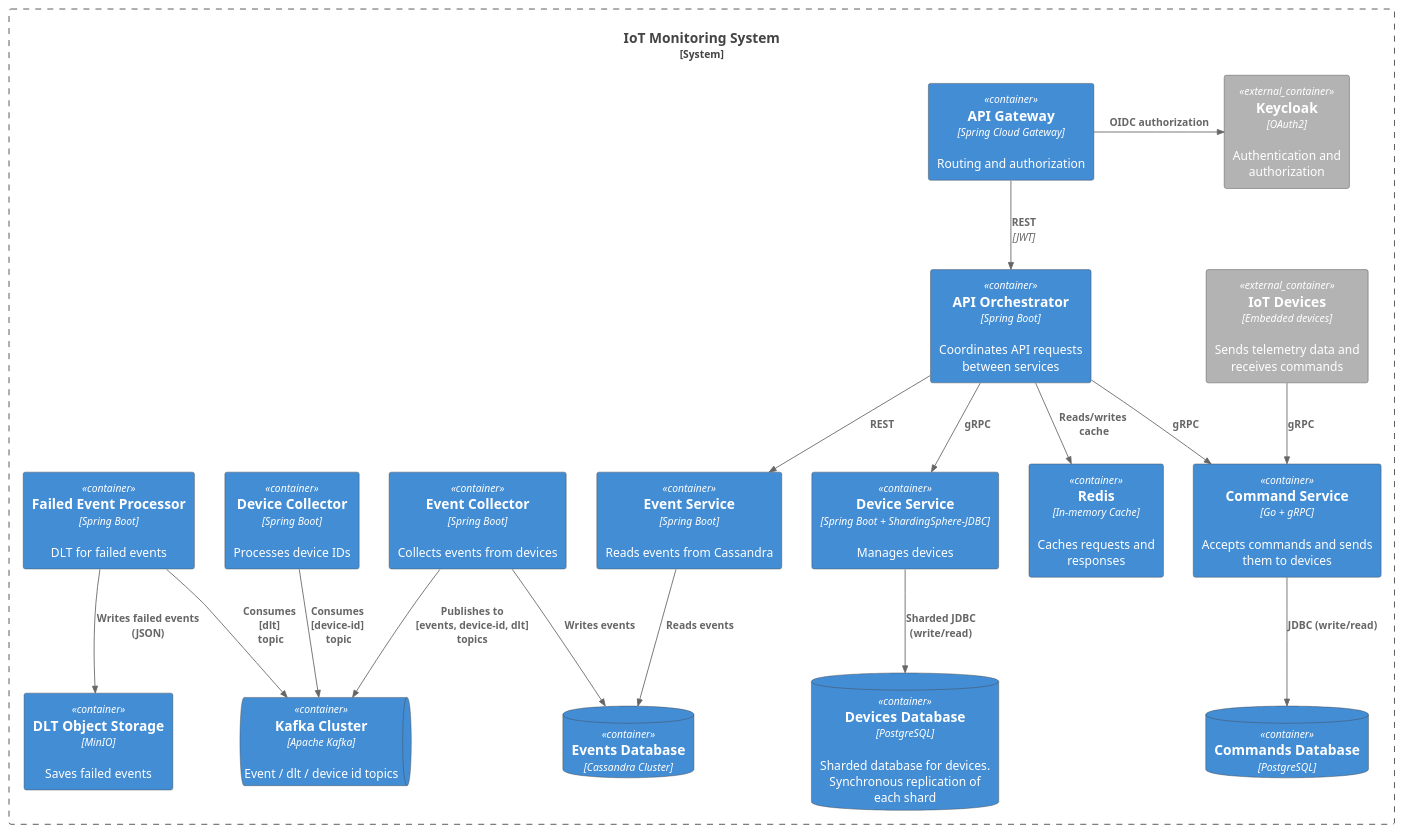
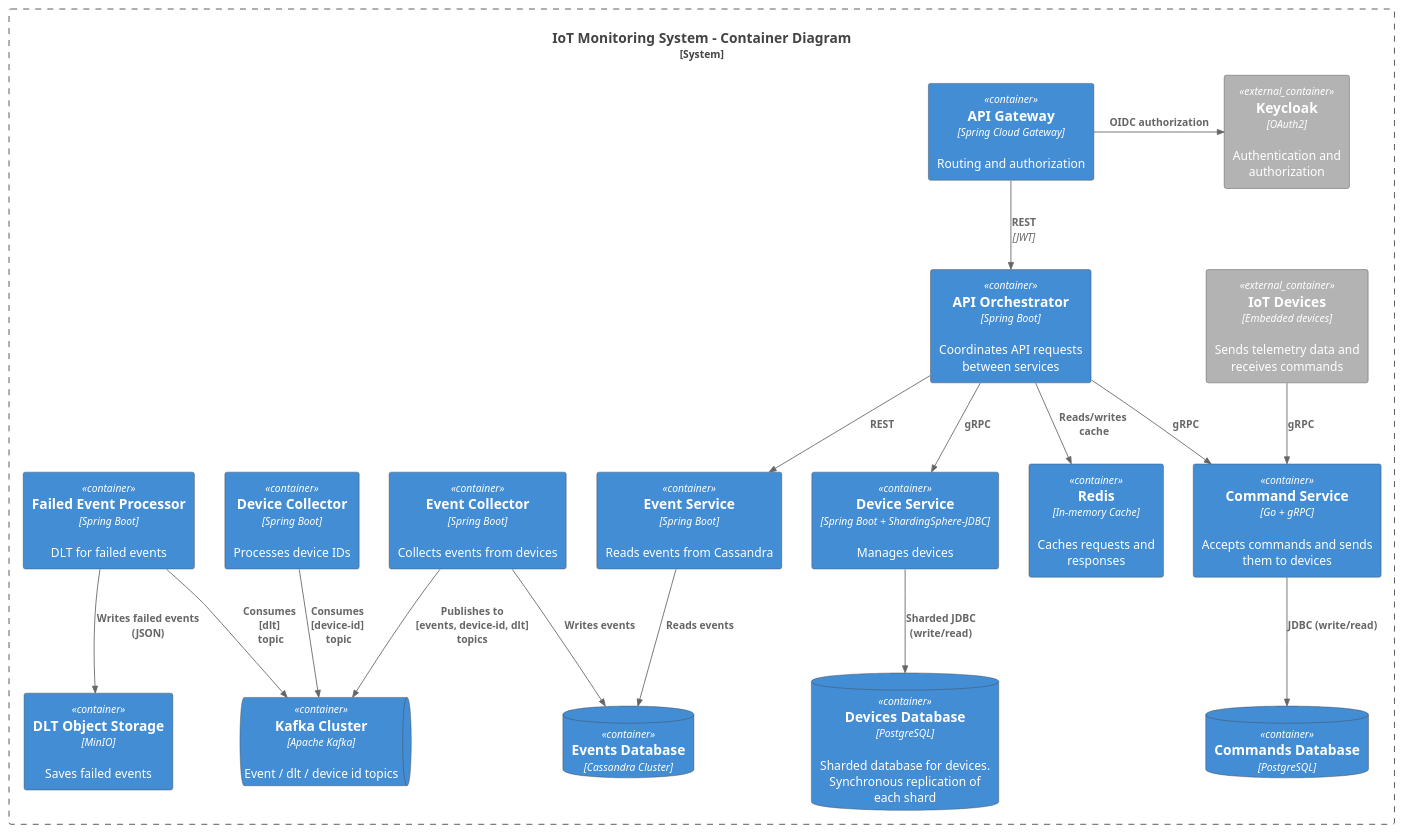
One commit to ds-usova/ourcode-iot-platform changed the diagram in architecture/diagrams/containers.puml. Above: the diagram before and after it, drawn with PlantUML. The commit also changed 1 other file, not shown here.

Commit message:
Add context diagram and adjust context digram's title

```diff
--- a/architecture/diagrams/containers.puml
+++ b/architecture/diagrams/containers.puml
@@ -1,58 +1,58 @@
 @startuml Context
 !include https://raw.githubusercontent.com/plantuml-stdlib/C4-PlantUML/master/C4_Container.puml
 
 ' Styles
 UpdateElementStyle("container", $borderColor="#444444")
 UpdateElementStyle("external_container", $borderColor="#444444")
 
-System_Boundary(system, "IoT Monitoring System") {
+System_Boundary(system, "IoT Monitoring System - Container Diagram") {
 
     ' Containers
     Container(gateway, "API Gateway", "Spring Cloud Gateway", "Routing and authorization")
     Container(orchestrator, "API Orchestrator", "Spring Boot", "Coordinates API requests between services")
     Container(command_service, "Command Service", "Go + gRPC", "Accepts commands and sends them to devices")
     Container(device_service, "Device Service", "Spring Boot + ShardingSphere-JDBC", "Manages devices")
     Container(event_service, "Event Service", "Spring Boot", "Reads events from Cassandra")
     Container(redis, "Redis", "In-memory Cache", "Caches requests and responses")
     Container(event_collector, "Event Collector", "Spring Boot", "Collects events from devices")
     Container(minio, "DLT Object Storage", "MinIO", "Saves failed events")
     ContainerDb(event_db, "Events Database", "Cassandra Cluster")
     ContainerQueue(kafka, "Kafka Cluster", "Apache Kafka", "Event / dlt / device id topics")
     Container(device_collector, "Device Collector", "Spring Boot", "Processes device IDs")
     Container(failed_event_processor, "Failed Event Processor", "Spring Boot", "DLT for failed events")
     ContainerDb(commands_db, "Commands Database", "PostgreSQL")
     ContainerDb(devices_db, "Devices Database", "PostgreSQL", "Sharded database for devices. Synchronous replication of each shard")
 
     ' External containers
     Container_Ext(iot_devices, "IoT Devices", "Embedded devices", "Sends telemetry data and receives commands")
     Container_Ext(keycloack, "Keycloak", "OAuth2", "Authentication and authorization")
 
     ' Relations
     Rel_Right(gateway, keycloack, "OIDC authorization")
     Rel(gateway, orchestrator, "REST", "JWT")
 
     Rel(orchestrator, command_service, "gRPC")
     Rel(orchestrator, device_service, "gRPC")
     Rel(orchestrator, event_service, "REST")
     Rel(orchestrator, redis, "Reads/writes\n cache")
 
     Rel(iot_devices, command_service, "gRPC")
 
     Rel(command_service, commands_db, "JDBC (write/read)")
 
     Rel(device_service, devices_db, "Sharded JDBC (write/read)")
 
     Rel(event_service, event_db, "Reads events")
 
     Rel(event_collector, kafka, "Publishes to \n[events, device-id, dlt] topics")
     Rel(event_collector, event_db, "Writes events")
 
     Rel(device_collector, kafka, "Consumes \n[device-id]\n topic")
 
     Rel(failed_event_processor, kafka, "Consumes \n[dlt]\n topic")
     Rel(failed_event_processor, minio, "Writes failed events (JSON)")
 
     ' Force layout with hidden relations
     keycloack -[hidden]down-> iot_devices
 }
 @enduml
```
